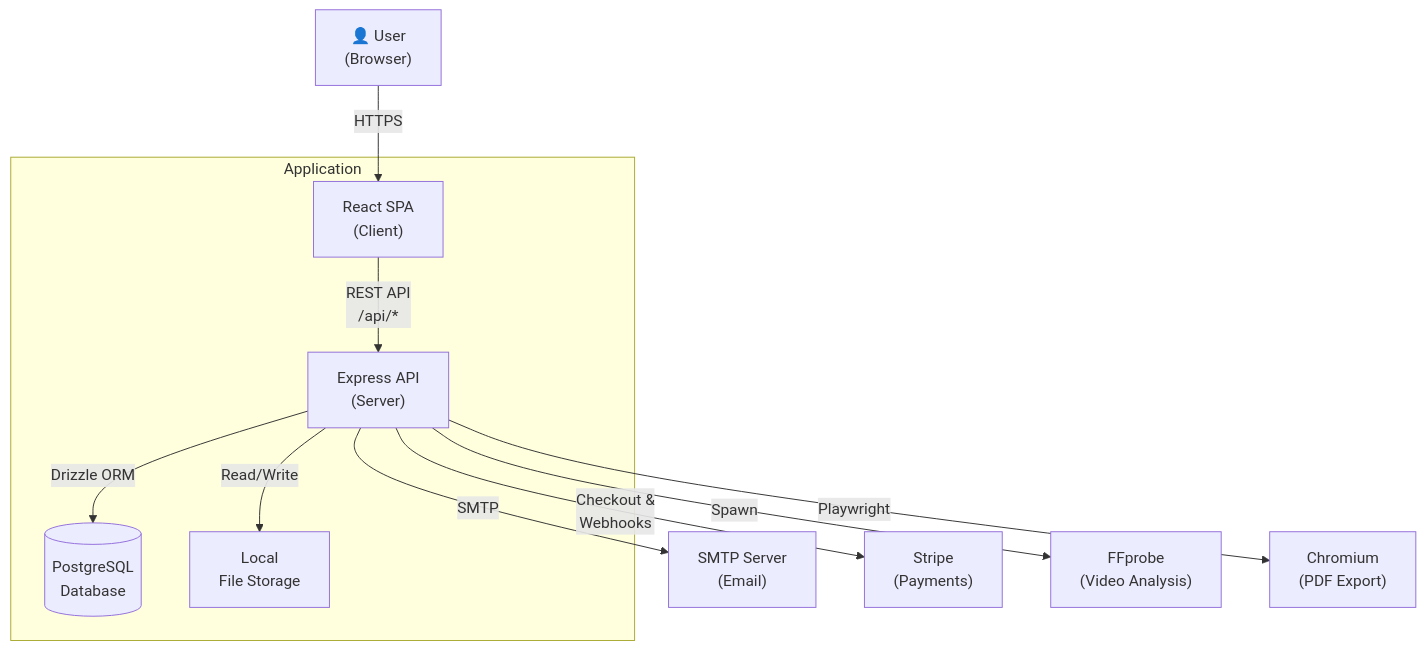
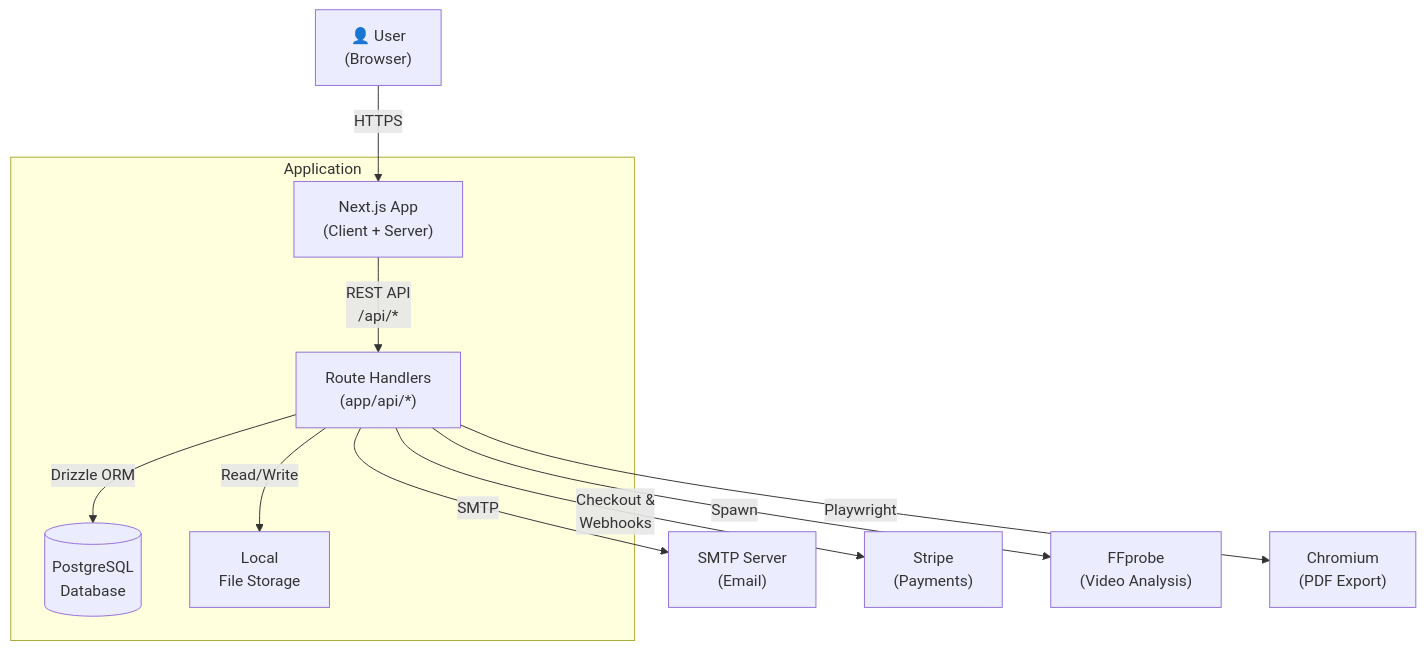
The first of 6 diagrams in docs/architecture-logical.md (erium/app-template), drawn with Mermaid before and after one commit. The commit also changed other lines of this file and 7 other files, not shown here.

First line of the commit message:
docs: update all documentation for Next.js App Router migration

````diff
--- a/docs/architecture-logical.md
+++ b/docs/architecture-logical.md
@@ -11,25 +11,25 @@
 ```mermaid
 graph TB
     User["👤 User<br/>(Browser)"]
 
     subgraph System["Application"]
-        SPA["React SPA<br/>(Client)"]
-        API["Express API<br/>(Server)"]
+        SPA["Next.js App<br/>(Client + Server)"]
+        API["Route Handlers<br/>(app/api/*)"]
         DB[("PostgreSQL<br/>Database")]
         FS["Local<br/>File Storage"]
     end
 
     SMTP["SMTP Server<br/>(Email)"]
     Stripe["Stripe<br/>(Payments)"]
     FFprobe["FFprobe<br/>(Video Analysis)"]
     Chromium["Chromium<br/>(PDF Export)"]
 
     User -->|"HTTPS"| SPA
     SPA -->|"REST API<br/>/api/*"| API
     API -->|"Drizzle ORM"| DB
     API -->|"Read/Write"| FS
     API -->|"SMTP"| SMTP
     API -->|"Checkout &<br/>Webhooks"| Stripe
     API -->|"Spawn"| FFprobe
     API -->|"Playwright"| Chromium
 ```
````
